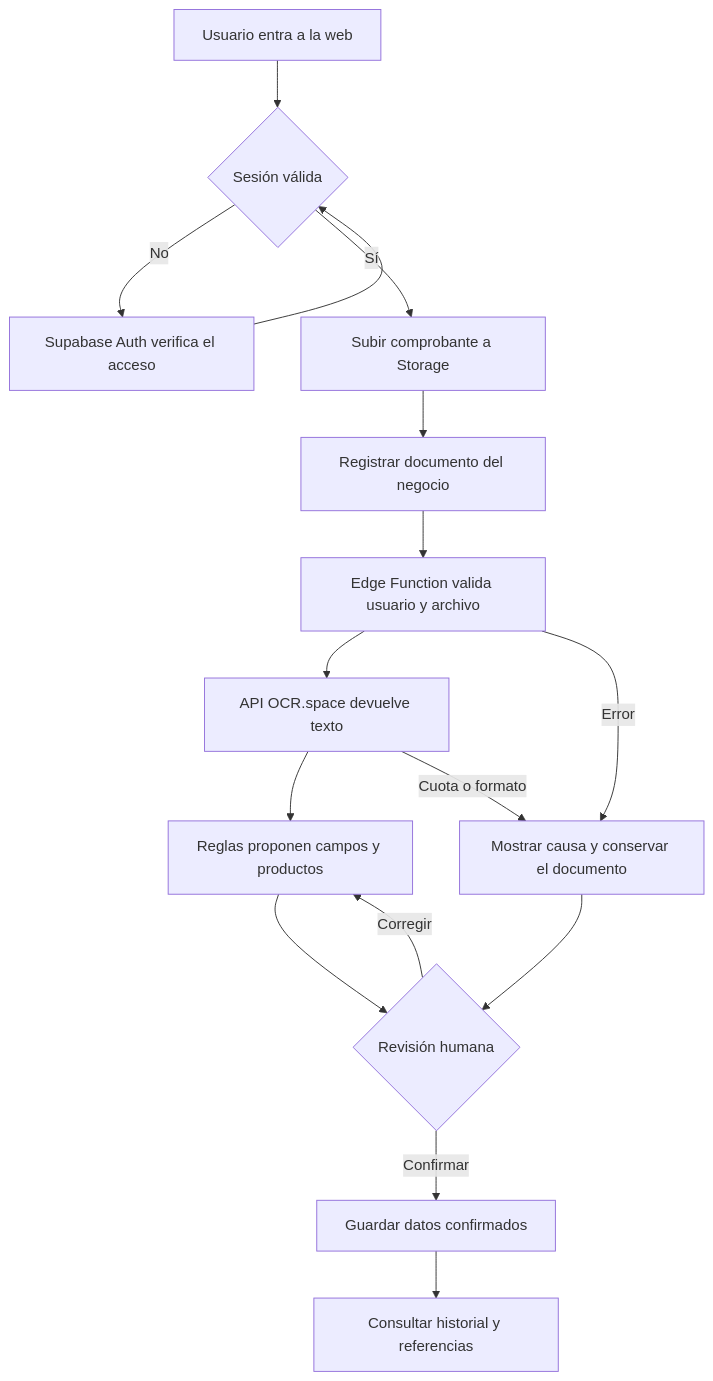
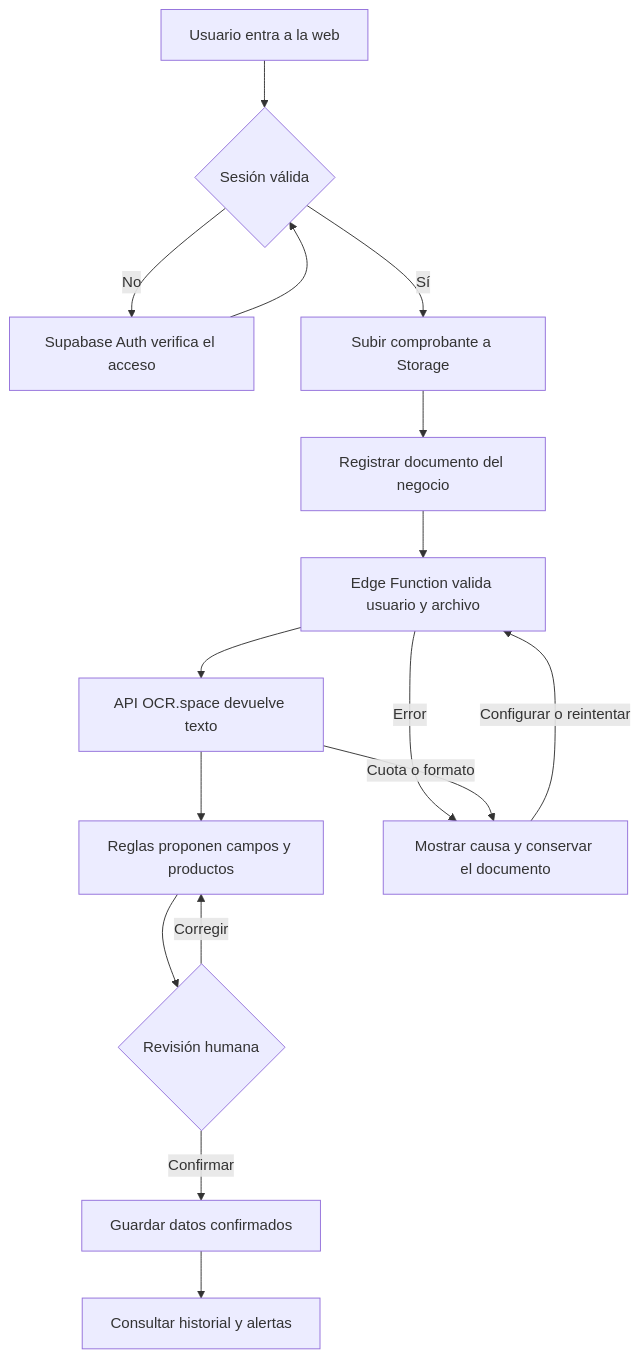
The first of 2 diagrams in docs/RUBRICA_Y_SUSTENTACION.md (amadorjara-alt/AgroClima), drawn with Mermaid before and after one commit. The commit also changed other lines of this file and 25 other files, not shown here.

````diff
--- a/docs/RUBRICA_Y_SUSTENTACION.md
+++ b/docs/RUBRICA_Y_SUSTENTACION.md
@@ -48,18 +48,18 @@
 ```mermaid
 flowchart TD
   A[Usuario entra a la web] --> B{Sesión válida}
   B -->|No| C[Supabase Auth verifica el acceso]
   C --> B
   B -->|Sí| D[Subir comprobante a Storage]
   D --> E[Registrar documento del negocio]
   E --> F[Edge Function valida usuario y archivo]
   F --> G[API OCR.space devuelve texto]
   G --> H[Reglas proponen campos y productos]
   H --> I{Revisión humana}
   I -->|Corregir| H
   I -->|Confirmar| J[Guardar datos confirmados]
-  J --> K[Consultar historial y referencias]
+  J --> K[Consultar historial y alertas]
   F -->|Error| L[Mostrar causa y conservar el documento]
   G -->|Cuota o formato| L
-  L --> I
+  L -->|Configurar o reintentar| F
 ```
````
